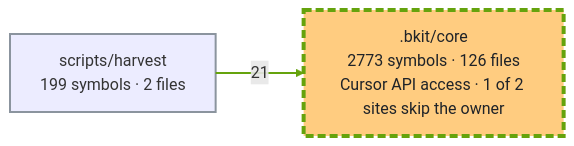
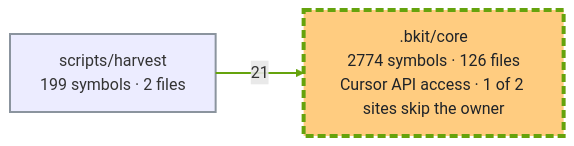
The first of 2 diagrams in docs/capabilities.md (cbartens/bkit), drawn with Mermaid before and after one commit. The commit also changed other lines of this file and 5 other files, not shown here.

````diff
--- a/docs/capabilities.md
+++ b/docs/capabilities.md
@@ -150,16 +150,16 @@
 ```mermaid
 ---
 config:
   layout: elk
   flowchart:
     useMaxWidth: false
 ---
 flowchart LR
-  %% Generated by bkit-graphify-rollup.py from 036d8b1a61da625777b9a2d2576142666384479b — do not edit
-  n_bkit_core[".bkit/core<br/>2773 symbols · 126 files<br/>Cursor API access · 1 of 2 sites skip the owner"]
+  %% Generated by bkit-graphify-rollup.py from a69a8796b22a144a3e1f8bddcd579a1058d16412 — do not edit
+  n_bkit_core[".bkit/core<br/>2774 symbols · 126 files<br/>Cursor API access · 1 of 2 sites skip the owner"]
   nscripts_harvest["scripts/harvest<br/>199 symbols · 2 files"]
   nscripts_harvest -->|21| n_bkit_core
   style n_bkit_core stroke:#65a30d,stroke-width:4px,stroke-dasharray:8 4,fill:#ffcc80,color:#1f2328
   style nscripts_harvest stroke:#8b949e,stroke-width:2px
   linkStyle 0 stroke:#65a30d,stroke-width:2px
 ```
````
